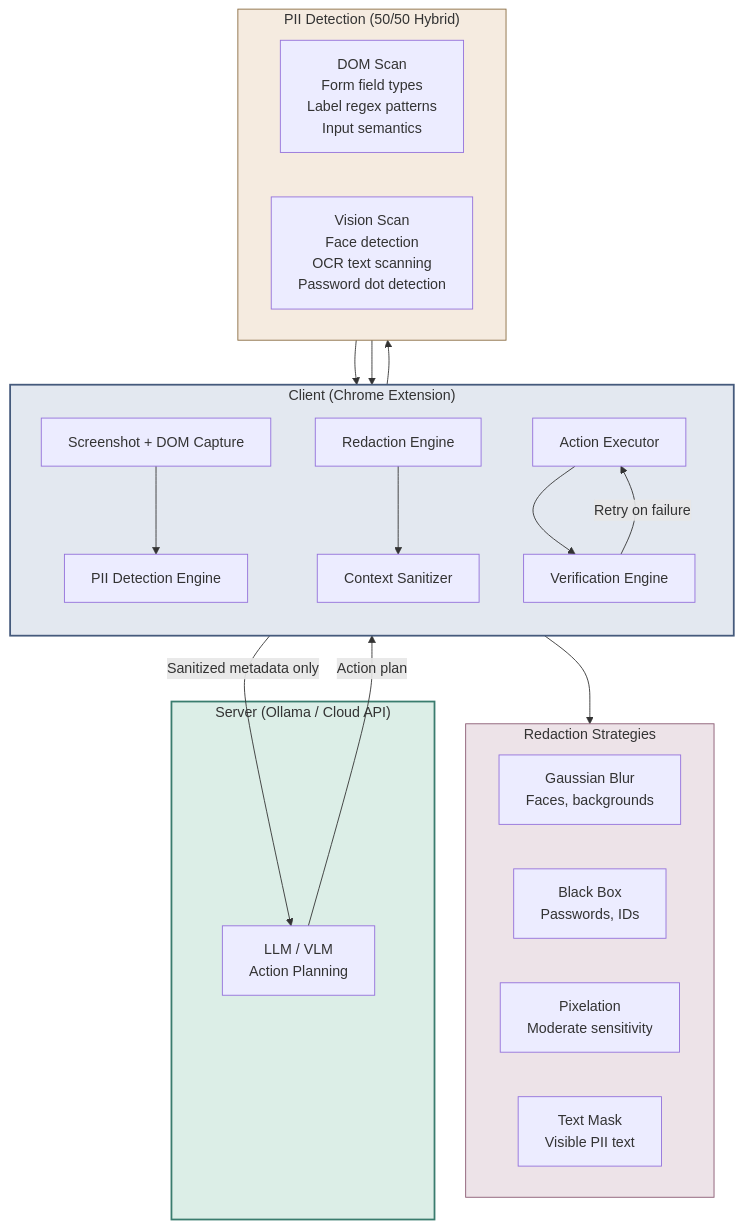
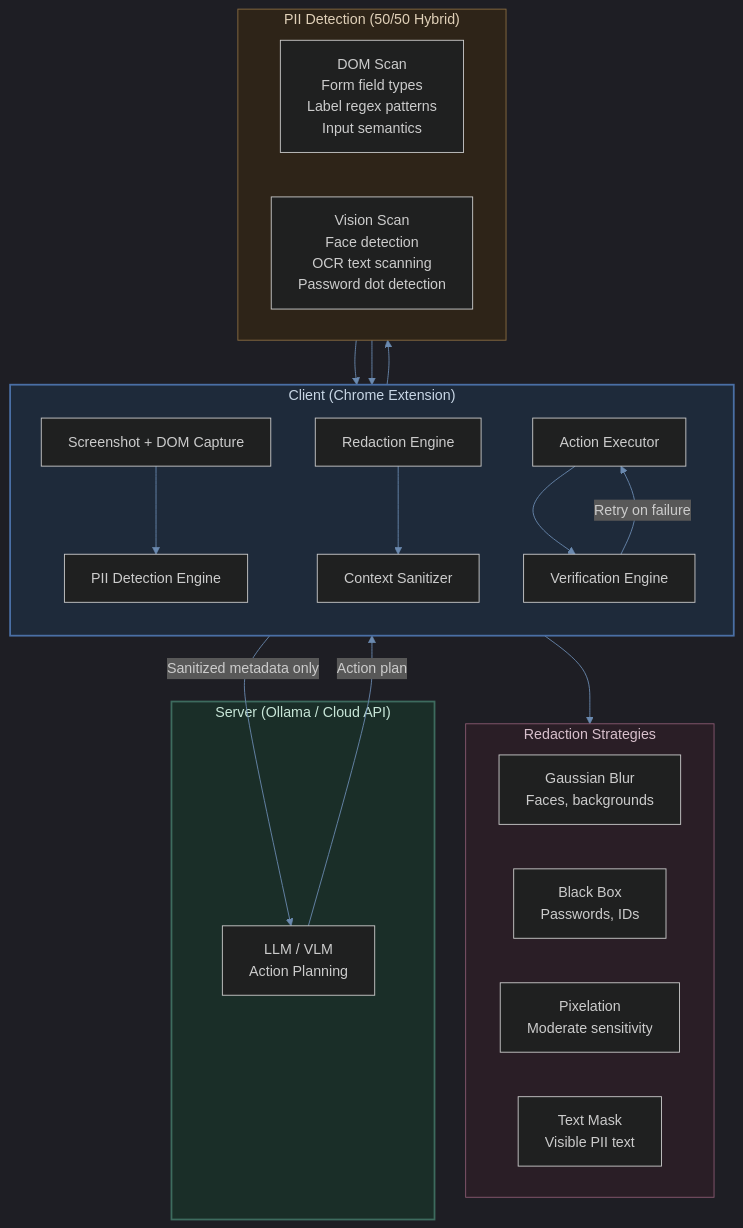
Before and after one commit to raidx545/super-agent: the first of 3 diagrams in README.md, drawn with Mermaid. The commit also changed other lines of this file, not shown here.

Commit message:
feat: add dark mode theme to mermaid diagrams
Add themeConfig with dark theme variables and update subgraph fills
to dark-mode-compatible colors with light text for GitHub dark mode.

🤖 Generated with Codebuff

````diff
--- a/README.md
+++ b/README.md
@@ -46,46 +46,47 @@
 ```mermaid
+%%{init: {'theme': 'dark', 'themeVariables': {'primaryColor': '#4a6fa5', 'primaryTextColor': '#e0e0e0', 'lineColor': '#6b8ab0', 'secondaryColor': '#3d6b5e', 'tertiaryColor': '#5c4a3a'}}}%%
 flowchart TB
     subgraph Client["Client (Chrome Extension)"]
         direction TB
         CAPTURE["Screenshot + DOM Capture"]
         PII_DETECT["PII Detection Engine"]
         REDACT["Redaction Engine"]
         SANITIZE["Context Sanitizer"]
         EXECUTE["Action Executor"]
         VERIFY["Verification Engine"]
     end
 
     subgraph PII["PII Detection (50/50 Hybrid)"]
         direction LR
         DOM_SCAN["DOM Scan<br/>Form field types<br/>Label regex patterns<br/>Input semantics"]
         VISION_SCAN["Vision Scan<br/>Face detection<br/>OCR text scanning<br/>Password dot detection"]
     end
 
     subgraph RedactStrategies["Redaction Strategies"]
         direction LR
         BLUR["Gaussian Blur<br/>Faces, backgrounds"]
         BLACKBOX["Black Box<br/>Passwords, IDs"]
         PIXEL["Pixelation<br/>Moderate sensitivity"]
         MASK["Text Mask<br/>Visible PII text"]
     end
 
     subgraph Server["Server (Ollama / Cloud API)"]
         LLM["LLM / VLM<br/>Action Planning"]
     end
 
     CAPTURE --> PII_DETECT
     PII_DETECT --> PII
     DOM_SCAN --> REDACT
     VISION_SCAN --> REDACT
     REDACT --> RedactStrategies
     REDACT --> SANITIZE
     SANITIZE -->|"Sanitized metadata only"| LLM
     LLM -->|"Action plan"| EXECUTE
     EXECUTE --> VERIFY
     VERIFY -->|"Retry on failure"| EXECUTE
 
-    style Client fill:#e3e8f0,stroke:#455a7c,stroke-width:2px
-    style Server fill:#dceee7,stroke:#3a7c6e,stroke-width:2px
-    style PII fill:#f5ebe0,stroke:#8a6c42,stroke-width:1px
-    style RedactStrategies fill:#ede3e8,stroke:#8a5a72,stroke-width:1px
+    style Client fill:#1e2a3a,stroke:#4a6fa5,stroke-width:2px,color:#c8d6e5
+    style Server fill:#1a2e28,stroke:#3d6b5e,stroke-width:2px,color:#c8e6d8
+    style PII fill:#2e2418,stroke:#8a6c42,stroke-width:1px,color:#e0d0b8
+    style RedactStrategies fill:#2a1e26,stroke:#8a5a72,stroke-width:1px,color:#d8c0cc
 ```
````
